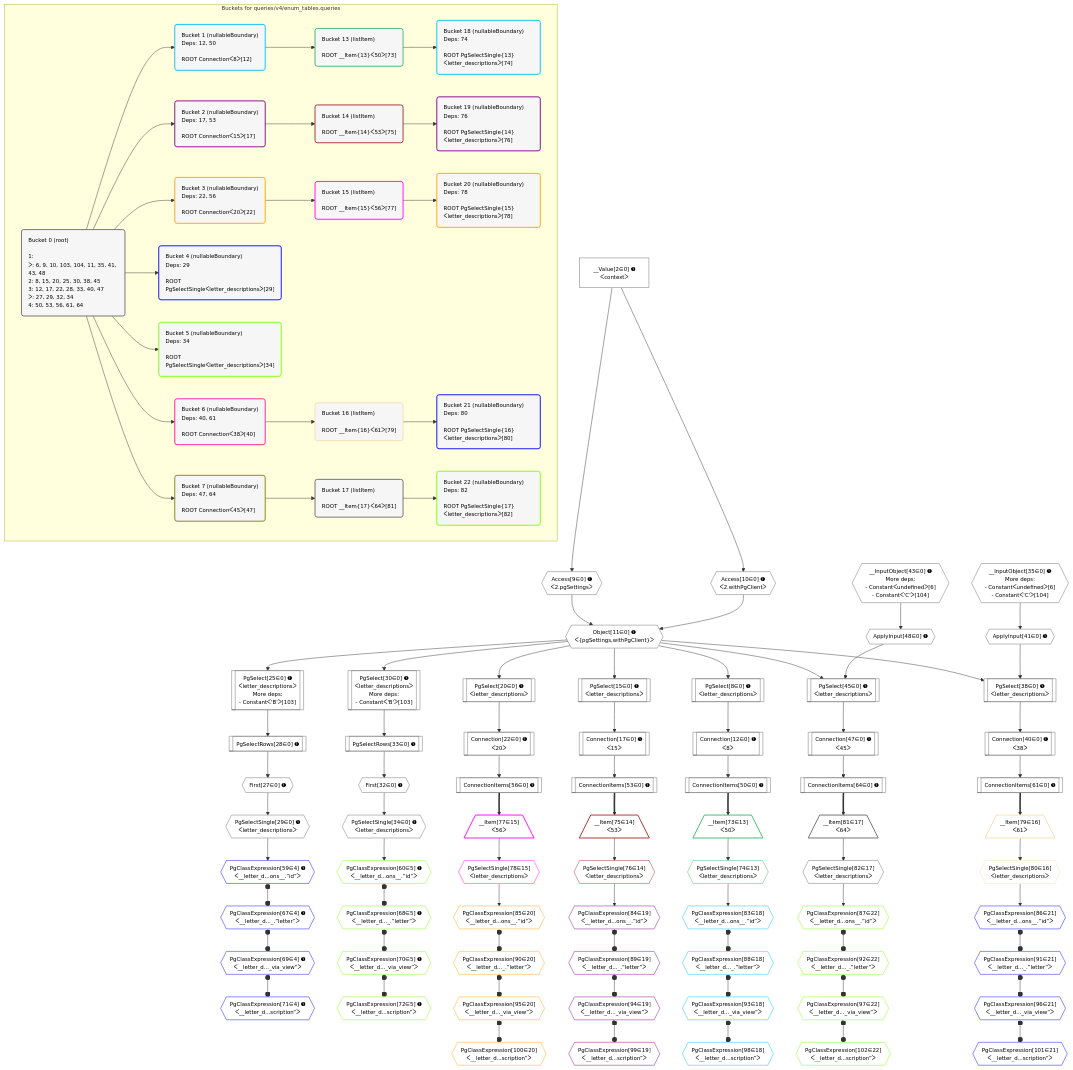
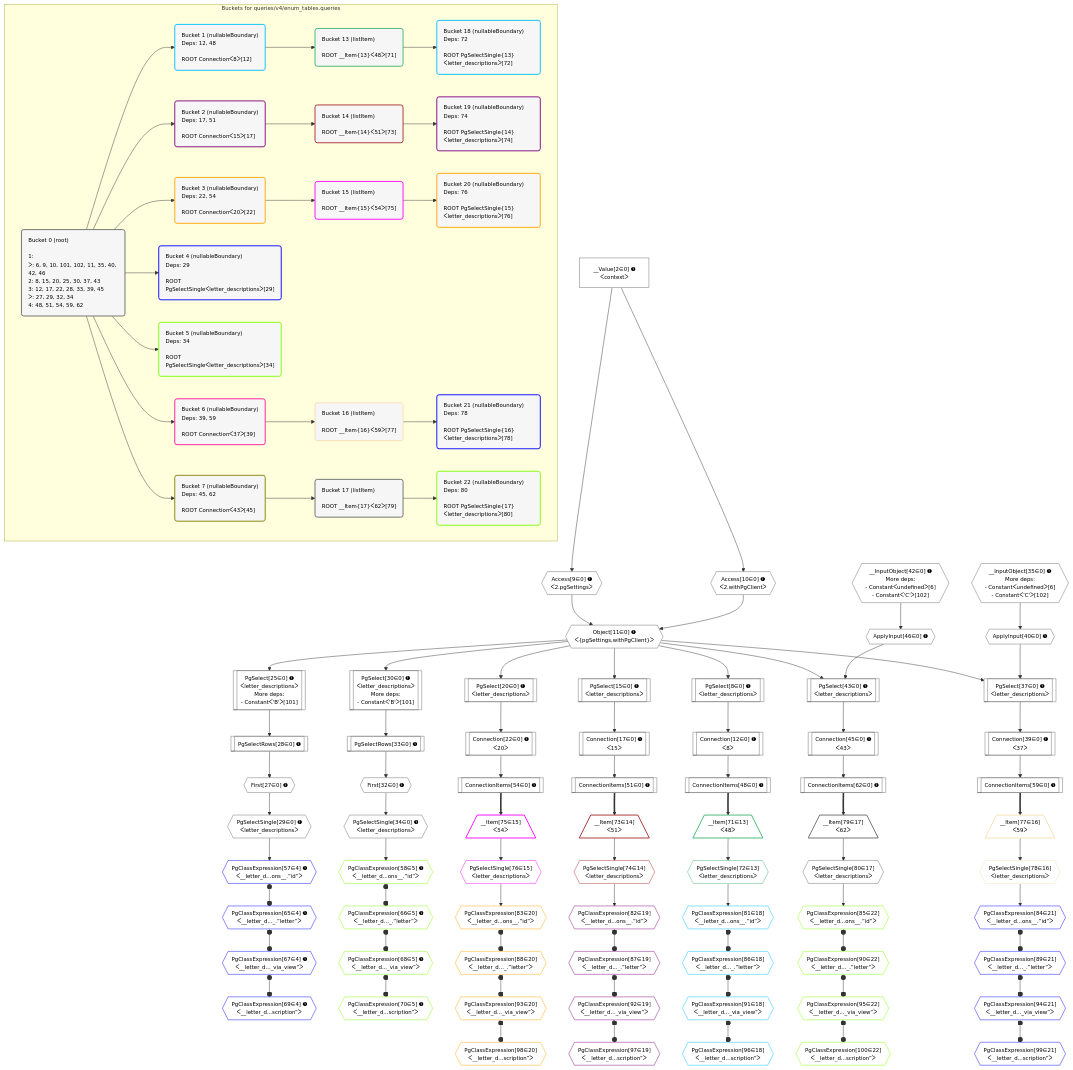
The diagram in postgraphile/postgraphile/__tests__/queries/v4/enum_tables.queries.mermaid (graphile/crystal), drawn with Mermaid before and after one commit. The commit also changed 15 other files, not shown here.

```diff
--- a/postgraphile/postgraphile/__tests__/queries/v4/enum_tables.queries.mermaid
+++ b/postgraphile/postgraphile/__tests__/queries/v4/enum_tables.queries.mermaid
@@ -8,24 +8,24 @@
     classDef bucket fill:#f6f6f6,color:#000,stroke-width:2px,text-align:left
 
     subgraph "Buckets for queries/v4/enum_tables.queries"
-    Bucket0("Bucket 0 (root)<br /><br />1: <br />ᐳ: 6, 9, 10, 103, 104, 11, 35, 41, 43, 48<br />2: 8, 15, 20, 25, 30, 38, 45<br />3: 12, 17, 22, 28, 33, 40, 47<br />ᐳ: 27, 29, 32, 34<br />4: 50, 53, 56, 61, 64"):::bucket
-    Bucket1("Bucket 1 (nullableBoundary)<br />Deps: 12, 50<br /><br />ROOT Connectionᐸ8ᐳ[12]"):::bucket
-    Bucket2("Bucket 2 (nullableBoundary)<br />Deps: 17, 53<br /><br />ROOT Connectionᐸ15ᐳ[17]"):::bucket
-    Bucket3("Bucket 3 (nullableBoundary)<br />Deps: 22, 56<br /><br />ROOT Connectionᐸ20ᐳ[22]"):::bucket
+    Bucket0("Bucket 0 (root)<br /><br />1: <br />ᐳ: 6, 9, 10, 101, 102, 11, 35, 40, 42, 46<br />2: 8, 15, 20, 25, 30, 37, 43<br />3: 12, 17, 22, 28, 33, 39, 45<br />ᐳ: 27, 29, 32, 34<br />4: 48, 51, 54, 59, 62"):::bucket
+    Bucket1("Bucket 1 (nullableBoundary)<br />Deps: 12, 48<br /><br />ROOT Connectionᐸ8ᐳ[12]"):::bucket
+    Bucket2("Bucket 2 (nullableBoundary)<br />Deps: 17, 51<br /><br />ROOT Connectionᐸ15ᐳ[17]"):::bucket
+    Bucket3("Bucket 3 (nullableBoundary)<br />Deps: 22, 54<br /><br />ROOT Connectionᐸ20ᐳ[22]"):::bucket
     Bucket4("Bucket 4 (nullableBoundary)<br />Deps: 29<br /><br />ROOT PgSelectSingleᐸletter_descriptionsᐳ[29]"):::bucket
     Bucket5("Bucket 5 (nullableBoundary)<br />Deps: 34<br /><br />ROOT PgSelectSingleᐸletter_descriptionsᐳ[34]"):::bucket
-    Bucket6("Bucket 6 (nullableBoundary)<br />Deps: 40, 61<br /><br />ROOT Connectionᐸ38ᐳ[40]"):::bucket
-    Bucket7("Bucket 7 (nullableBoundary)<br />Deps: 47, 64<br /><br />ROOT Connectionᐸ45ᐳ[47]"):::bucket
-    Bucket13("Bucket 13 (listItem)<br /><br />ROOT __Item{13}ᐸ50ᐳ[73]"):::bucket
-    Bucket14("Bucket 14 (listItem)<br /><br />ROOT __Item{14}ᐸ53ᐳ[75]"):::bucket
-    Bucket15("Bucket 15 (listItem)<br /><br />ROOT __Item{15}ᐸ56ᐳ[77]"):::bucket
-    Bucket16("Bucket 16 (listItem)<br /><br />ROOT __Item{16}ᐸ61ᐳ[79]"):::bucket
-    Bucket17("Bucket 17 (listItem)<br /><br />ROOT __Item{17}ᐸ64ᐳ[81]"):::bucket
-    Bucket18("Bucket 18 (nullableBoundary)<br />Deps: 74<br /><br />ROOT PgSelectSingle{13}ᐸletter_descriptionsᐳ[74]"):::bucket
-    Bucket19("Bucket 19 (nullableBoundary)<br />Deps: 76<br /><br />ROOT PgSelectSingle{14}ᐸletter_descriptionsᐳ[76]"):::bucket
-    Bucket20("Bucket 20 (nullableBoundary)<br />Deps: 78<br /><br />ROOT PgSelectSingle{15}ᐸletter_descriptionsᐳ[78]"):::bucket
-    Bucket21("Bucket 21 (nullableBoundary)<br />Deps: 80<br /><br />ROOT PgSelectSingle{16}ᐸletter_descriptionsᐳ[80]"):::bucket
-    Bucket22("Bucket 22 (nullableBoundary)<br />Deps: 82<br /><br />ROOT PgSelectSingle{17}ᐸletter_descriptionsᐳ[82]"):::bucket
+    Bucket6("Bucket 6 (nullableBoundary)<br />Deps: 39, 59<br /><br />ROOT Connectionᐸ37ᐳ[39]"):::bucket
+    Bucket7("Bucket 7 (nullableBoundary)<br />Deps: 45, 62<br /><br />ROOT Connectionᐸ43ᐳ[45]"):::bucket
+    Bucket13("Bucket 13 (listItem)<br /><br />ROOT __Item{13}ᐸ48ᐳ[71]"):::bucket
+    Bucket14("Bucket 14 (listItem)<br /><br />ROOT __Item{14}ᐸ51ᐳ[73]"):::bucket
+    Bucket15("Bucket 15 (listItem)<br /><br />ROOT __Item{15}ᐸ54ᐳ[75]"):::bucket
+    Bucket16("Bucket 16 (listItem)<br /><br />ROOT __Item{16}ᐸ59ᐳ[77]"):::bucket
+    Bucket17("Bucket 17 (listItem)<br /><br />ROOT __Item{17}ᐸ62ᐳ[79]"):::bucket
+    Bucket18("Bucket 18 (nullableBoundary)<br />Deps: 72<br /><br />ROOT PgSelectSingle{13}ᐸletter_descriptionsᐳ[72]"):::bucket
+    Bucket19("Bucket 19 (nullableBoundary)<br />Deps: 74<br /><br />ROOT PgSelectSingle{14}ᐸletter_descriptionsᐳ[74]"):::bucket
+    Bucket20("Bucket 20 (nullableBoundary)<br />Deps: 76<br /><br />ROOT PgSelectSingle{15}ᐸletter_descriptionsᐳ[76]"):::bucket
+    Bucket21("Bucket 21 (nullableBoundary)<br />Deps: 78<br /><br />ROOT PgSelectSingle{16}ᐸletter_descriptionsᐳ[78]"):::bucket
+    Bucket22("Bucket 22 (nullableBoundary)<br />Deps: 80<br /><br />ROOT PgSelectSingle{17}ᐸletter_descriptionsᐳ[80]"):::bucket
     end
     Bucket0 --> Bucket1 & Bucket2 & Bucket3 & Bucket4 & Bucket5 & Bucket6 & Bucket7
     Bucket1 --> Bucket13
@@ -44,18 +44,18 @@
     Access9{{"Access[9∈0] ➊<br />ᐸ2.pgSettingsᐳ"}}:::plan
     Access10{{"Access[10∈0] ➊<br />ᐸ2.withPgClientᐳ"}}:::plan
     Access9 & Access10 --> Object11
-    PgSelect25[["PgSelect[25∈0] ➊<br />ᐸletter_descriptionsᐳ<br />More deps:<br />- Constantᐸ'B'ᐳ[103]"]]:::plan
+    PgSelect25[["PgSelect[25∈0] ➊<br />ᐸletter_descriptionsᐳ<br />More deps:<br />- Constantᐸ'B'ᐳ[101]"]]:::plan
     Object11 --> PgSelect25
-    PgSelect30[["PgSelect[30∈0] ➊<br />ᐸletter_descriptionsᐳ<br />More deps:<br />- Constantᐸ'B'ᐳ[103]"]]:::plan
+    PgSelect30[["PgSelect[30∈0] ➊<br />ᐸletter_descriptionsᐳ<br />More deps:<br />- Constantᐸ'B'ᐳ[101]"]]:::plan
     Object11 --> PgSelect30
-    __InputObject35{{"__InputObject[35∈0] ➊<br />More deps:<br />- Constantᐸundefinedᐳ[6]<br />- Constantᐸ'C'ᐳ[104]"}}:::plan
-    PgSelect38[["PgSelect[38∈0] ➊<br />ᐸletter_descriptionsᐳ"]]:::plan
-    ApplyInput41{{"ApplyInput[41∈0] ➊"}}:::plan
-    Object11 & ApplyInput41 --> PgSelect38
-    __InputObject43{{"__InputObject[43∈0] ➊<br />More deps:<br />- Constantᐸundefinedᐳ[6]<br />- Constantᐸ'C'ᐳ[104]"}}:::plan
-    PgSelect45[["PgSelect[45∈0] ➊<br />ᐸletter_descriptionsᐳ"]]:::plan
-    ApplyInput48{{"ApplyInput[48∈0] ➊"}}:::plan
-    Object11 & ApplyInput48 --> PgSelect45
+    __InputObject35{{"__InputObject[35∈0] ➊<br />More deps:<br />- Constantᐸundefinedᐳ[6]<br />- Constantᐸ'C'ᐳ[102]"}}:::plan
+    PgSelect37[["PgSelect[37∈0] ➊<br />ᐸletter_descriptionsᐳ"]]:::plan
+    ApplyInput40{{"ApplyInput[40∈0] ➊"}}:::plan
+    Object11 & ApplyInput40 --> PgSelect37
+    __InputObject42{{"__InputObject[42∈0] ➊<br />More deps:<br />- Constantᐸundefinedᐳ[6]<br />- Constantᐸ'C'ᐳ[102]"}}:::plan
+    PgSelect43[["PgSelect[43∈0] ➊<br />ᐸletter_descriptionsᐳ"]]:::plan
+    ApplyInput46{{"ApplyInput[46∈0] ➊"}}:::plan
+    Object11 & ApplyInput46 --> PgSelect43
     PgSelect8[["PgSelect[8∈0] ➊<br />ᐸletter_descriptionsᐳ"]]:::plan
     Object11 --> PgSelect8
     __Value2["__Value[2∈0] ➊<br />ᐸcontextᐳ"]:::plan
@@ -83,102 +83,102 @@
     PgSelect30 --> PgSelectRows33
     PgSelectSingle34{{"PgSelectSingle[34∈0] ➊<br />ᐸletter_descriptionsᐳ"}}:::plan
     First32 --> PgSelectSingle34
-    Connection40[["Connection[40∈0] ➊<br />ᐸ38ᐳ"]]:::plan
-    PgSelect38 --> Connection40
-    __InputObject35 --> ApplyInput41
-    Connection47[["Connection[47∈0] ➊<br />ᐸ45ᐳ"]]:::plan
-    PgSelect45 --> Connection47
-    __InputObject43 --> ApplyInput48
-    ConnectionItems50[["ConnectionItems[50∈0] ➊"]]:::plan
-    Connection12 --> ConnectionItems50
-    ConnectionItems53[["ConnectionItems[53∈0] ➊"]]:::plan
-    Connection17 --> ConnectionItems53
-    ConnectionItems56[["ConnectionItems[56∈0] ➊"]]:::plan
-    Connection22 --> ConnectionItems56
-    ConnectionItems61[["ConnectionItems[61∈0] ➊"]]:::plan
-    Connection40 --> ConnectionItems61
-    ConnectionItems64[["ConnectionItems[64∈0] ➊"]]:::plan
-    Connection47 --> ConnectionItems64
-    PgClassExpression59{{"PgClassExpression[59∈4] ➊<br />ᐸ__letter_d...ons__.”id”ᐳ"}}:::plan
-    PgSelectSingle29 --> PgClassExpression59
-    PgClassExpression67{{"PgClassExpression[67∈4] ➊<br />ᐸ__letter_d..._.”letter”ᐳ"}}:::plan
-    PgClassExpression59 o--o PgClassExpression67
-    PgClassExpression69{{"PgClassExpression[69∈4] ➊<br />ᐸ__letter_d..._via_view”ᐳ"}}:::plan
+    Connection39[["Connection[39∈0] ➊<br />ᐸ37ᐳ"]]:::plan
+    PgSelect37 --> Connection39
+    __InputObject35 --> ApplyInput40
+    Connection45[["Connection[45∈0] ➊<br />ᐸ43ᐳ"]]:::plan
+    PgSelect43 --> Connection45
+    __InputObject42 --> ApplyInput46
+    ConnectionItems48[["ConnectionItems[48∈0] ➊"]]:::plan
+    Connection12 --> ConnectionItems48
+    ConnectionItems51[["ConnectionItems[51∈0] ➊"]]:::plan
+    Connection17 --> ConnectionItems51
+    ConnectionItems54[["ConnectionItems[54∈0] ➊"]]:::plan
+    Connection22 --> ConnectionItems54
+    ConnectionItems59[["ConnectionItems[59∈0] ➊"]]:::plan
+    Connection39 --> ConnectionItems59
+    ConnectionItems62[["ConnectionItems[62∈0] ➊"]]:::plan
+    Connection45 --> ConnectionItems62
+    PgClassExpression57{{"PgClassExpression[57∈4] ➊<br />ᐸ__letter_d...ons__.”id”ᐳ"}}:::plan
+    PgSelectSingle29 --> PgClassExpression57
+    PgClassExpression65{{"PgClassExpression[65∈4] ➊<br />ᐸ__letter_d..._.”letter”ᐳ"}}:::plan
+    PgClassExpression57 o--o PgClassExpression65
+    PgClassExpression67{{"PgClassExpression[67∈4] ➊<br />ᐸ__letter_d..._via_view”ᐳ"}}:::plan
+    PgClassExpression65 o--o PgClassExpression67
+    PgClassExpression69{{"PgClassExpression[69∈4] ➊<br />ᐸ__letter_d...scription”ᐳ"}}:::plan
     PgClassExpression67 o--o PgClassExpression69
-    PgClassExpression71{{"PgClassExpression[71∈4] ➊<br />ᐸ__letter_d...scription”ᐳ"}}:::plan
-    PgClassExpression69 o--o PgClassExpression71
-    PgClassExpression60{{"PgClassExpression[60∈5] ➊<br />ᐸ__letter_d...ons__.”id”ᐳ"}}:::plan
-    PgSelectSingle34 --> PgClassExpression60
-    PgClassExpression68{{"PgClassExpression[68∈5] ➊<br />ᐸ__letter_d..._.”letter”ᐳ"}}:::plan
-    PgClassExpression60 o--o PgClassExpression68
-    PgClassExpression70{{"PgClassExpression[70∈5] ➊<br />ᐸ__letter_d..._via_view”ᐳ"}}:::plan
+    PgClassExpression58{{"PgClassExpression[58∈5] ➊<br />ᐸ__letter_d...ons__.”id”ᐳ"}}:::plan
+    PgSelectSingle34 --> PgClassExpression58
+    PgClassExpression66{{"PgClassExpression[66∈5] ➊<br />ᐸ__letter_d..._.”letter”ᐳ"}}:::plan
+    PgClassExpression58 o--o PgClassExpression66
+    PgClassExpression68{{"PgClassExpression[68∈5] ➊<br />ᐸ__letter_d..._via_view”ᐳ"}}:::plan
+    PgClassExpression66 o--o PgClassExpression68
+    PgClassExpression70{{"PgClassExpression[70∈5] ➊<br />ᐸ__letter_d...scription”ᐳ"}}:::plan
     PgClassExpression68 o--o PgClassExpression70
-    PgClassExpression72{{"PgClassExpression[72∈5] ➊<br />ᐸ__letter_d...scription”ᐳ"}}:::plan
-    PgClassExpression70 o--o PgClassExpression72
-    __Item73[/"__Item[73∈13]<br />ᐸ50ᐳ"\]:::itemplan
-    ConnectionItems50 ==> __Item73
-    PgSelectSingle74{{"PgSelectSingle[74∈13]<br />ᐸletter_descriptionsᐳ"}}:::plan
+    __Item71[/"__Item[71∈13]<br />ᐸ48ᐳ"\]:::itemplan
+    ConnectionItems48 ==> __Item71
+    PgSelectSingle72{{"PgSelectSingle[72∈13]<br />ᐸletter_descriptionsᐳ"}}:::plan
+    __Item71 --> PgSelectSingle72
+    __Item73[/"__Item[73∈14]<br />ᐸ51ᐳ"\]:::itemplan
+    ConnectionItems51 ==> __Item73
+    PgSelectSingle74{{"PgSelectSingle[74∈14]<br />ᐸletter_descriptionsᐳ"}}:::plan
     __Item73 --> PgSelectSingle74
-    __Item75[/"__Item[75∈14]<br />ᐸ53ᐳ"\]:::itemplan
-    ConnectionItems53 ==> __Item75
-    PgSelectSingle76{{"PgSelectSingle[76∈14]<br />ᐸletter_descriptionsᐳ"}}:::plan
+    __Item75[/"__Item[75∈15]<br />ᐸ54ᐳ"\]:::itemplan
+    ConnectionItems54 ==> __Item75
+    PgSelectSingle76{{"PgSelectSingle[76∈15]<br />ᐸletter_descriptionsᐳ"}}:::plan
     __Item75 --> PgSelectSingle76
-    __Item77[/"__Item[77∈15]<br />ᐸ56ᐳ"\]:::itemplan
-    ConnectionItems56 ==> __Item77
-    PgSelectSingle78{{"PgSelectSingle[78∈15]<br />ᐸletter_descriptionsᐳ"}}:::plan
+    __Item77[/"__Item[77∈16]<br />ᐸ59ᐳ"\]:::itemplan
+    ConnectionItems59 ==> __Item77
+    PgSelectSingle78{{"PgSelectSingle[78∈16]<br />ᐸletter_descriptionsᐳ"}}:::plan
     __Item77 --> PgSelectSingle78
-    __Item79[/"__Item[79∈16]<br />ᐸ61ᐳ"\]:::itemplan
-    ConnectionItems61 ==> __Item79
-    PgSelectSingle80{{"PgSelectSingle[80∈16]<br />ᐸletter_descriptionsᐳ"}}:::plan
+    __Item79[/"__Item[79∈17]<br />ᐸ62ᐳ"\]:::itemplan
+    ConnectionItems62 ==> __Item79
+    PgSelectSingle80{{"PgSelectSingle[80∈17]<br />ᐸletter_descriptionsᐳ"}}:::plan
     __Item79 --> PgSelectSingle80
-    __Item81[/"__Item[81∈17]<br />ᐸ64ᐳ"\]:::itemplan
-    ConnectionItems64 ==> __Item81
-    PgSelectSingle82{{"PgSelectSingle[82∈17]<br />ᐸletter_descriptionsᐳ"}}:::plan
-    __Item81 --> PgSelectSingle82
-    PgClassExpression83{{"PgClassExpression[83∈18]<br />ᐸ__letter_d...ons__.”id”ᐳ"}}:::plan
-    PgSelectSingle74 --> PgClassExpression83
-    PgClassExpression88{{"PgClassExpression[88∈18]<br />ᐸ__letter_d..._.”letter”ᐳ"}}:::plan
+    PgClassExpression81{{"PgClassExpression[81∈18]<br />ᐸ__letter_d...ons__.”id”ᐳ"}}:::plan
+    PgSelectSingle72 --> PgClassExpression81
+    PgClassExpression86{{"PgClassExpression[86∈18]<br />ᐸ__letter_d..._.”letter”ᐳ"}}:::plan
+    PgClassExpression81 o--o PgClassExpression86
+    PgClassExpression91{{"PgClassExpression[91∈18]<br />ᐸ__letter_d..._via_view”ᐳ"}}:::plan
+    PgClassExpression86 o--o PgClassExpression91
+    PgClassExpression96{{"PgClassExpression[96∈18]<br />ᐸ__letter_d...scription”ᐳ"}}:::plan
+    PgClassExpression91 o--o PgClassExpression96
+    PgClassExpression82{{"PgClassExpression[82∈19]<br />ᐸ__letter_d...ons__.”id”ᐳ"}}:::plan
+    PgSelectSingle74 --> PgClassExpression82
+    PgClassExpression87{{"PgClassExpression[87∈19]<br />ᐸ__letter_d..._.”letter”ᐳ"}}:::plan
+    PgClassExpression82 o--o PgClassExpression87
+    PgClassExpression92{{"PgClassExpression[92∈19]<br />ᐸ__letter_d..._via_view”ᐳ"}}:::plan
+    PgClassExpression87 o--o PgClassExpression92
+    PgClassExpression97{{"PgClassExpression[97∈19]<br />ᐸ__letter_d...scription”ᐳ"}}:::plan
+    PgClassExpression92 o--o PgClassExpression97
+    PgClassExpression83{{"PgClassExpression[83∈20]<br />ᐸ__letter_d...ons__.”id”ᐳ"}}:::plan
+    PgSelectSingle76 --> PgClassExpression83
+    PgClassExpression88{{"PgClassExpression[88∈20]<br />ᐸ__letter_d..._.”letter”ᐳ"}}:::plan
     PgClassExpression83 o--o PgClassExpression88
-    PgClassExpression93{{"PgClassExpression[93∈18]<br />ᐸ__letter_d..._via_view”ᐳ"}}:::plan
+    PgClassExpression93{{"PgClassExpression[93∈20]<br />ᐸ__letter_d..._via_view”ᐳ"}}:::plan
     PgClassExpression88 o--o PgClassExpression93
-    PgClassExpression98{{"PgClassExpression[98∈18]<br />ᐸ__letter_d...scription”ᐳ"}}:::plan
+    PgClassExpression98{{"PgClassExpression[98∈20]<br />ᐸ__letter_d...scription”ᐳ"}}:::plan
     PgClassExpression93 o--o PgClassExpression98
-    PgClassExpression84{{"PgClassExpression[84∈19]<br />ᐸ__letter_d...ons__.”id”ᐳ"}}:::plan
-    PgSelectSingle76 --> PgClassExpression84
-    PgClassExpression89{{"PgClassExpression[89∈19]<br />ᐸ__letter_d..._.”letter”ᐳ"}}:::plan
+    PgClassExpression84{{"PgClassExpression[84∈21]<br />ᐸ__letter_d...ons__.”id”ᐳ"}}:::plan
+    PgSelectSingle78 --> PgClassExpression84
+    PgClassExpression89{{"PgClassExpression[89∈21]<br />ᐸ__letter_d..._.”letter”ᐳ"}}:::plan
     PgClassExpression84 o--o PgClassExpression89
-    PgClassExpression94{{"PgClassExpression[94∈19]<br />ᐸ__letter_d..._via_view”ᐳ"}}:::plan
+    PgClassExpression94{{"PgClassExpression[94∈21]<br />ᐸ__letter_d..._via_view”ᐳ"}}:::plan
     PgClassExpression89 o--o PgClassExpression94
-    PgClassExpression99{{"PgClassExpression[99∈19]<br />ᐸ__letter_d...scription”ᐳ"}}:::plan
+    PgClassExpression99{{"PgClassExpression[99∈21]<br />ᐸ__letter_d...scription”ᐳ"}}:::plan
     PgClassExpression94 o--o PgClassExpression99
-    PgClassExpression85{{"PgClassExpression[85∈20]<br />ᐸ__letter_d...ons__.”id”ᐳ"}}:::plan
-    PgSelectSingle78 --> PgClassExpression85
-    PgClassExpression90{{"PgClassExpression[90∈20]<br />ᐸ__letter_d..._.”letter”ᐳ"}}:::plan
+    PgClassExpression85{{"PgClassExpression[85∈22]<br />ᐸ__letter_d...ons__.”id”ᐳ"}}:::plan
+    PgSelectSingle80 --> PgClassExpression85
+    PgClassExpression90{{"PgClassExpression[90∈22]<br />ᐸ__letter_d..._.”letter”ᐳ"}}:::plan
     PgClassExpression85 o--o PgClassExpression90
-    PgClassExpression95{{"PgClassExpression[95∈20]<br />ᐸ__letter_d..._via_view”ᐳ"}}:::plan
+    PgClassExpression95{{"PgClassExpression[95∈22]<br />ᐸ__letter_d..._via_view”ᐳ"}}:::plan
     PgClassExpression90 o--o PgClassExpression95
-    PgClassExpression100{{"PgClassExpression[100∈20]<br />ᐸ__letter_d...scription”ᐳ"}}:::plan
+    PgClassExpression100{{"PgClassExpression[100∈22]<br />ᐸ__letter_d...scription”ᐳ"}}:::plan
     PgClassExpression95 o--o PgClassExpression100
-    PgClassExpression86{{"PgClassExpression[86∈21]<br />ᐸ__letter_d...ons__.”id”ᐳ"}}:::plan
-    PgSelectSingle80 --> PgClassExpression86
-    PgClassExpression91{{"PgClassExpression[91∈21]<br />ᐸ__letter_d..._.”letter”ᐳ"}}:::plan
-    PgClassExpression86 o--o PgClassExpression91
-    PgClassExpression96{{"PgClassExpression[96∈21]<br />ᐸ__letter_d..._via_view”ᐳ"}}:::plan
-    PgClassExpression91 o--o PgClassExpression96
-    PgClassExpression101{{"PgClassExpression[101∈21]<br />ᐸ__letter_d...scription”ᐳ"}}:::plan
-    PgClassExpression96 o--o PgClassExpression101
-    PgClassExpression87{{"PgClassExpression[87∈22]<br />ᐸ__letter_d...ons__.”id”ᐳ"}}:::plan
-    PgSelectSingle82 --> PgClassExpression87
-    PgClassExpression92{{"PgClassExpression[92∈22]<br />ᐸ__letter_d..._.”letter”ᐳ"}}:::plan
-    PgClassExpression87 o--o PgClassExpression92
-    PgClassExpression97{{"PgClassExpression[97∈22]<br />ᐸ__letter_d..._via_view”ᐳ"}}:::plan
-    PgClassExpression92 o--o PgClassExpression97
-    PgClassExpression102{{"PgClassExpression[102∈22]<br />ᐸ__letter_d...scription”ᐳ"}}:::plan
-    PgClassExpression97 o--o PgClassExpression102
 
     %% define steps
     classDef bucket0 stroke:#696969
-    class Bucket0,__Value2,PgSelect8,Access9,Access10,Object11,Connection12,PgSelect15,Connection17,PgSelect20,Connection22,PgSelect25,First27,PgSelectRows28,PgSelectSingle29,PgSelect30,First32,PgSelectRows33,PgSelectSingle34,__InputObject35,PgSelect38,Connection40,ApplyInput41,__InputObject43,PgSelect45,Connection47,ApplyInput48,ConnectionItems50,ConnectionItems53,ConnectionItems56,ConnectionItems61,ConnectionItems64 bucket0
+    class Bucket0,__Value2,PgSelect8,Access9,Access10,Object11,Connection12,PgSelect15,Connection17,PgSelect20,Connection22,PgSelect25,First27,PgSelectRows28,PgSelectSingle29,PgSelect30,First32,PgSelectRows33,PgSelectSingle34,__InputObject35,PgSelect37,Connection39,ApplyInput40,__InputObject42,PgSelect43,Connection45,ApplyInput46,ConnectionItems48,ConnectionItems51,ConnectionItems54,ConnectionItems59,ConnectionItems62 bucket0
     classDef bucket1 stroke:#00bfff
     class Bucket1 bucket1
     classDef bucket2 stroke:#7f007f
@@ -186,30 +186,30 @@
     classDef bucket3 stroke:#ffa500
     class Bucket3 bucket3
     classDef bucket4 stroke:#0000ff
-    class Bucket4,PgClassExpression59,PgClassExpression67,PgClassExpression69,PgClassExpression71 bucket4
+    class Bucket4,PgClassExpression57,PgClassExpression65,PgClassExpression67,PgClassExpression69 bucket4
     classDef bucket5 stroke:#7fff00
-    class Bucket5,PgClassExpression60,PgClassExpression68,PgClassExpression70,PgClassExpression72 bucket5
+    class Bucket5,PgClassExpression58,PgClassExpression66,PgClassExpression68,PgClassExpression70 bucket5
     classDef bucket6 stroke:#ff1493
     class Bucket6 bucket6
     classDef bucket7 stroke:#808000
     class Bucket7 bucket7
     classDef bucket13 stroke:#3cb371
-    class Bucket13,__Item73,PgSelectSingle74 bucket13
+    class Bucket13,__Item71,PgSelectSingle72 bucket13
     classDef bucket14 stroke:#a52a2a
-    class Bucket14,__Item75,PgSelectSingle76 bucket14
+    class Bucket14,__Item73,PgSelectSingle74 bucket14
     classDef bucket15 stroke:#ff00ff
-    class Bucket15,__Item77,PgSelectSingle78 bucket15
+    class Bucket15,__Item75,PgSelectSingle76 bucket15
     classDef bucket16 stroke:#f5deb3
-    class Bucket16,__Item79,PgSelectSingle80 bucket16
+    class Bucket16,__Item77,PgSelectSingle78 bucket16
     classDef bucket17 stroke:#696969
-    class Bucket17,__Item81,PgSelectSingle82 bucket17
+    class Bucket17,__Item79,PgSelectSingle80 bucket17
     classDef bucket18 stroke:#00bfff
-    class Bucket18,PgClassExpression83,PgClassExpression88,PgClassExpression93,PgClassExpression98 bucket18
+    class Bucket18,PgClassExpression81,PgClassExpression86,PgClassExpression91,PgClassExpression96 bucket18
     classDef bucket19 stroke:#7f007f
-    class Bucket19,PgClassExpression84,PgClassExpression89,PgClassExpression94,PgClassExpression99 bucket19
+    class Bucket19,PgClassExpression82,PgClassExpression87,PgClassExpression92,PgClassExpression97 bucket19
     classDef bucket20 stroke:#ffa500
-    class Bucket20,PgClassExpression85,PgClassExpression90,PgClassExpression95,PgClassExpression100 bucket20
+    class Bucket20,PgClassExpression83,PgClassExpression88,PgClassExpression93,PgClassExpression98 bucket20
     classDef bucket21 stroke:#0000ff
-    class Bucket21,PgClassExpression86,PgClassExpression91,PgClassExpression96,PgClassExpression101 bucket21
+    class Bucket21,PgClassExpression84,PgClassExpression89,PgClassExpression94,PgClassExpression99 bucket21
     classDef bucket22 stroke:#7fff00
-    class Bucket22,PgClassExpression87,PgClassExpression92,PgClassExpression97,PgClassExpression102 bucket22
+    class Bucket22,PgClassExpression85,PgClassExpression90,PgClassExpression95,PgClassExpression100 bucket22
```
